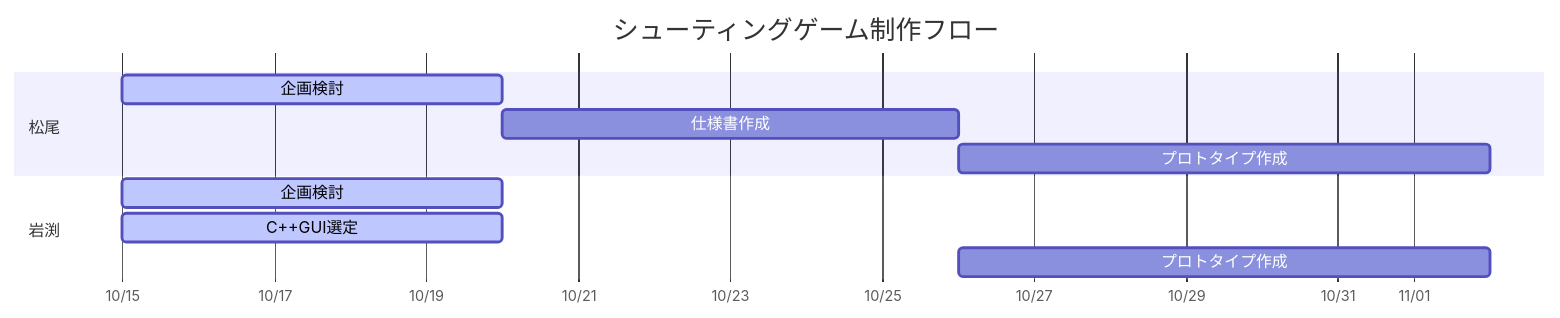
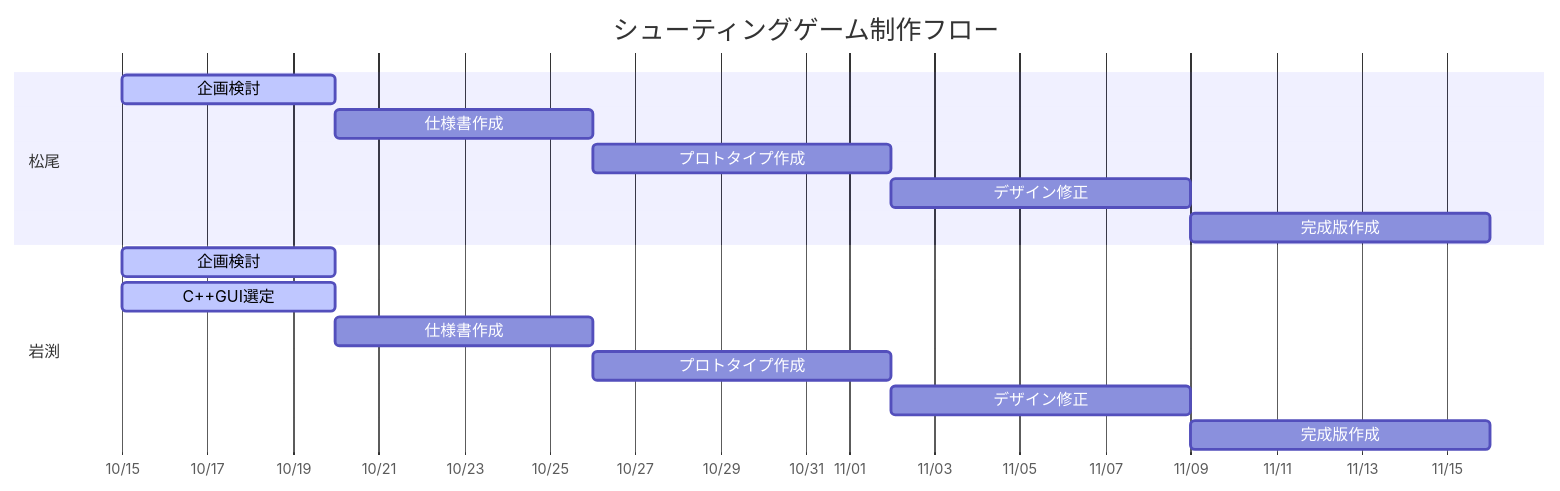
Before and after one commit to Mattya3/ProjectShooting: the diagram in README.md, drawn with Mermaid.

````diff
--- a/README.md
+++ b/README.md
@@ -4,15 +4,21 @@
 ```mermaid
 gantt
 dateFormat  YYYY-MM-DD
 axisFormat  %m/%d
 title シューティングゲーム制作フロー
 
 section 松尾
 企画検討 : active, task1, 2022-10-15,2022-10-20
 仕様書作成      :  task2, after task1, 6d
-プロトタイプ作成: task3, after task2, 7d 
+プロトタイプ作成: task3, after task2, 7d
+デザイン修正: task4, after task3, 7d
+完成版作成: task5, after task4, 7d
+
 section 岩渕
 企画検討 : active, task1, 2022-10-15,2022-10-20
 C++GUI選定 : active, task_select, 2022-10-15,2022-10-20
+仕様書作成      :  task2, after task1, 6d
 プロトタイプ作成: task3, after task2, 7d 
+デザイン修正: task4, after task3, 7d
+完成版作成: task5, after task4, 7d
 ```
````
